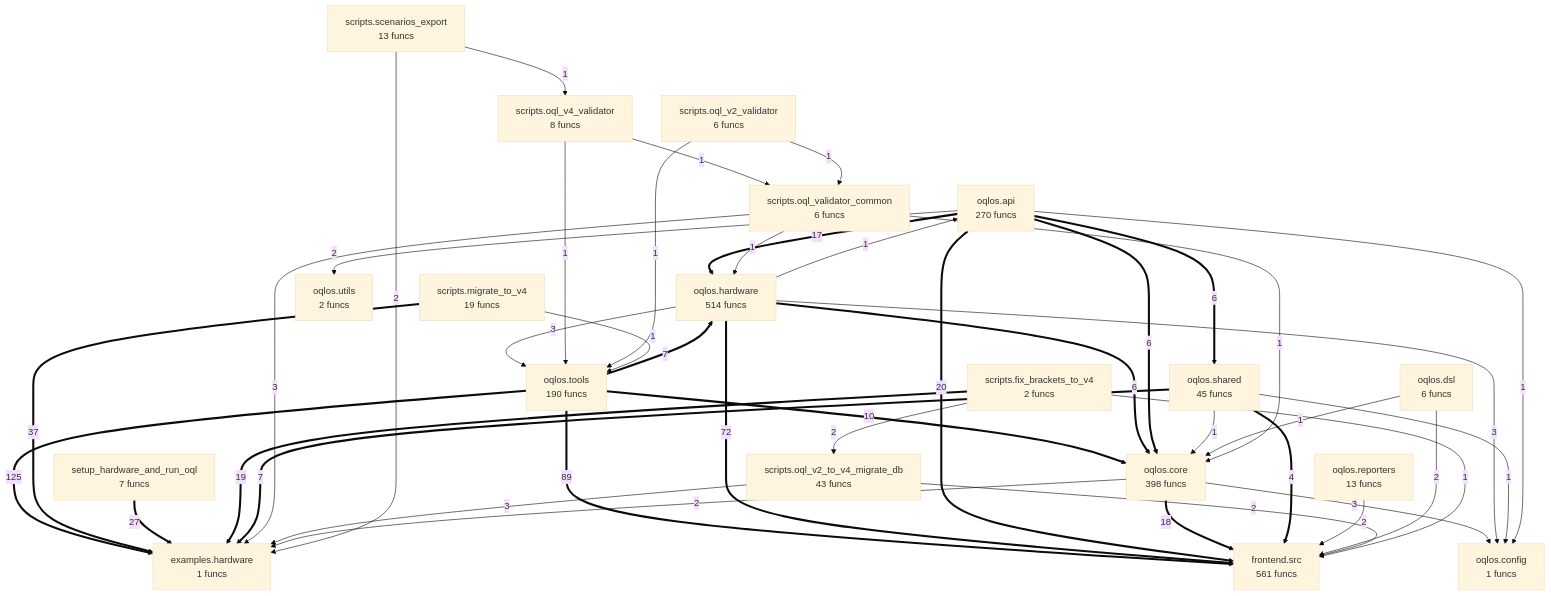
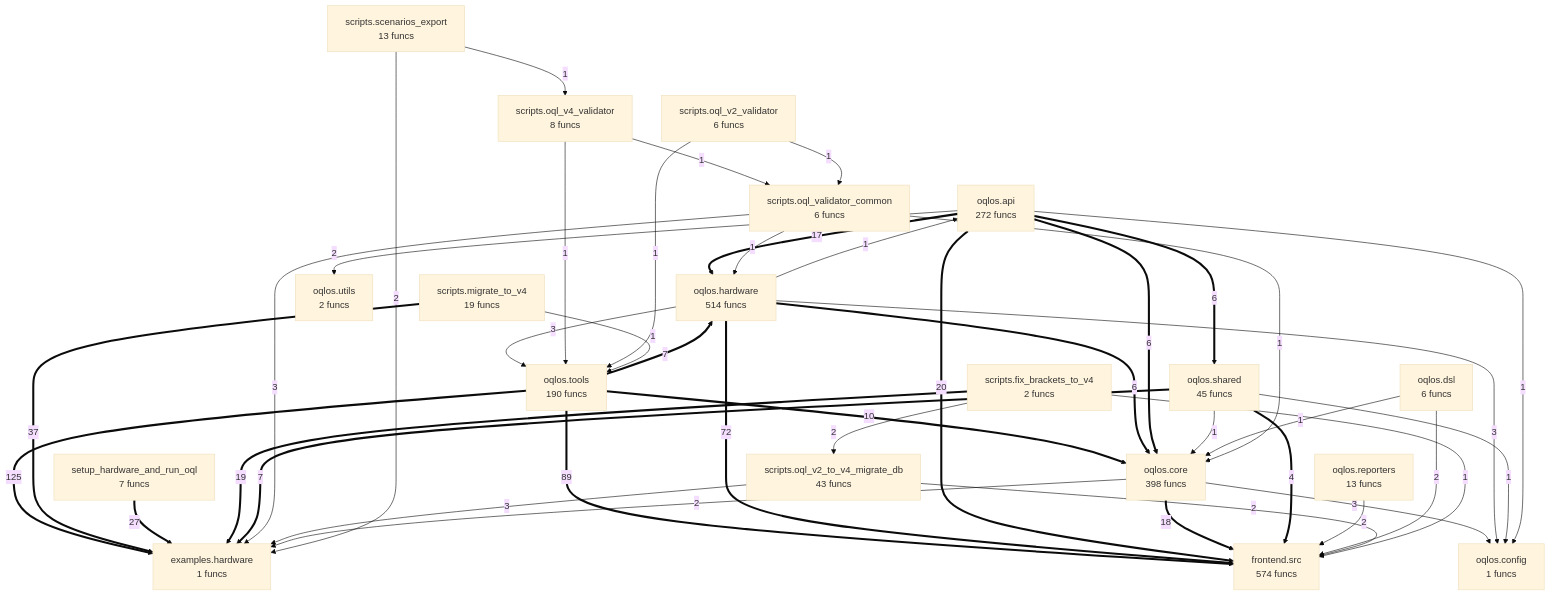
One commit to oqlos/oqlos changed the diagram in project/compact_flow.mmd. Above: the diagram before and after it, drawn with Mermaid (base theme). The commit also changed 51 other files, not shown here.

```diff
--- a/project/compact_flow.mmd
+++ b/project/compact_flow.mmd
@@ -1,63 +1,63 @@
 flowchart TD
-%% generated in 0.03s
+%% generated in 0.04s
     examples__hardware["examples.hardware<br/>1 funcs"]
-    frontend__src["frontend.src<br/>561 funcs"]
-    oqlos__api["oqlos.api<br/>270 funcs"]
+    frontend__src["frontend.src<br/>574 funcs"]
+    oqlos__api["oqlos.api<br/>272 funcs"]
     oqlos__config["oqlos.config<br/>1 funcs"]
     oqlos__core["oqlos.core<br/>398 funcs"]
     oqlos__dsl["oqlos.dsl<br/>6 funcs"]
     oqlos__hardware["oqlos.hardware<br/>514 funcs"]
     oqlos__reporters["oqlos.reporters<br/>13 funcs"]
     oqlos__shared["oqlos.shared<br/>45 funcs"]
     oqlos__tools["oqlos.tools<br/>190 funcs"]
     oqlos__utils["oqlos.utils<br/>2 funcs"]
     scripts__fix_brackets_to_v4["scripts.fix_brackets_to_v4<br/>2 funcs"]
     scripts__migrate_to_v4["scripts.migrate_to_v4<br/>19 funcs"]
     scripts__oql_v2_to_v4_migrate_db["scripts.oql_v2_to_v4_migrate_db<br/>43 funcs"]
     scripts__oql_v2_validator["scripts.oql_v2_validator<br/>6 funcs"]
     scripts__oql_v4_validator["scripts.oql_v4_validator<br/>8 funcs"]
     scripts__oql_validator_common["scripts.oql_validator_common<br/>6 funcs"]
     scripts__scenarios_export["scripts.scenarios_export<br/>13 funcs"]
     setup_hardware_and_run_oql["setup_hardware_and_run_oql<br/>7 funcs"]
     oqlos__tools ==>|125| examples__hardware
     oqlos__tools ==>|89| frontend__src
     oqlos__hardware ==>|72| frontend__src
     scripts__migrate_to_v4 ==>|37| examples__hardware
     setup_hardware_and_run_oql ==>|27| examples__hardware
     oqlos__api ==>|20| frontend__src
     scripts__fix_brackets_to_v4 ==>|19| examples__hardware
     oqlos__core ==>|18| frontend__src
     oqlos__api ==>|17| oqlos__hardware
     oqlos__tools ==>|10| oqlos__core
     oqlos__tools ==>|7| oqlos__hardware
     oqlos__shared ==>|7| examples__hardware
     oqlos__hardware ==>|6| oqlos__core
     oqlos__api ==>|6| oqlos__core
     oqlos__api ==>|6| oqlos__shared
     oqlos__shared ==>|4| frontend__src
     oqlos__core -->|3| oqlos__config
     oqlos__hardware -->|3| oqlos__config
     oqlos__hardware -->|3| oqlos__tools
     scripts__oql_validator_common -->|3| examples__hardware
     scripts__oql_v2_to_v4_migrate_db -->|3| examples__hardware
     oqlos__core -->|2| examples__hardware
     oqlos__reporters -->|2| frontend__src
-    oqlos__api -->|2| oqlos__utils
     oqlos__dsl -->|2| frontend__src
     scripts__fix_brackets_to_v4 -->|2| scripts__oql_v2_to_v4_migrate_db
     scripts__oql_v2_to_v4_migrate_db -->|2| frontend__src
     scripts__scenarios_export -->|2| examples__hardware
+    oqlos__api -->|2| oqlos__utils
     oqlos__hardware -->|1| oqlos__api
     oqlos__shared -->|1| oqlos__core
     oqlos__shared -->|1| oqlos__config
-    oqlos__api -->|1| oqlos__config
     oqlos__dsl -->|1| oqlos__core
     scripts__oql_validator_common -->|1| oqlos__core
     scripts__oql_validator_common -->|1| oqlos__hardware
     scripts__oql_v4_validator -->|1| oqlos__tools
     scripts__oql_v4_validator -->|1| scripts__oql_validator_common
     scripts__fix_brackets_to_v4 -->|1| frontend__src
     scripts__oql_v2_validator -->|1| oqlos__tools
     scripts__oql_v2_validator -->|1| scripts__oql_validator_common
     scripts__migrate_to_v4 -->|1| oqlos__tools
     scripts__scenarios_export -->|1| scripts__oql_v4_validator
+    oqlos__api -->|1| oqlos__config
```
